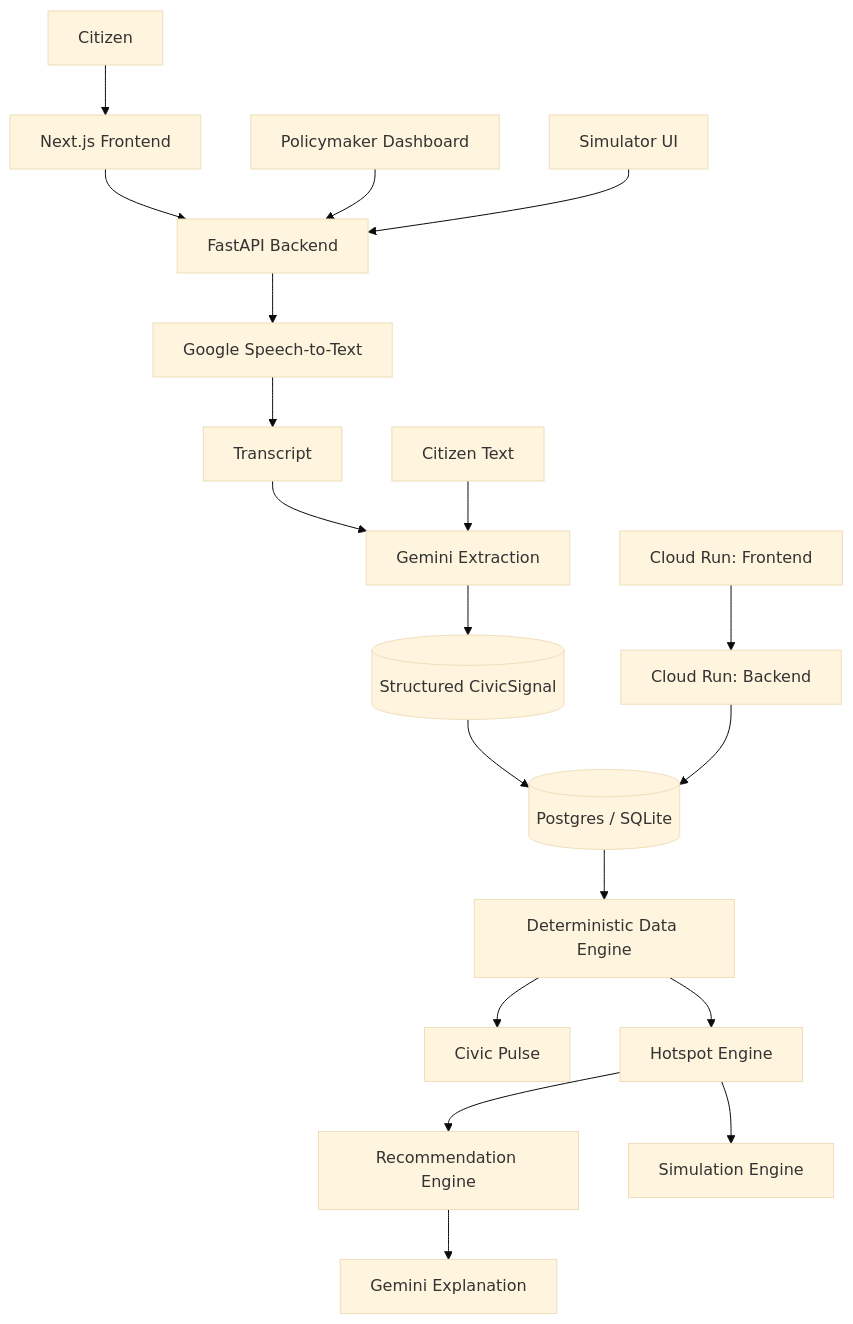
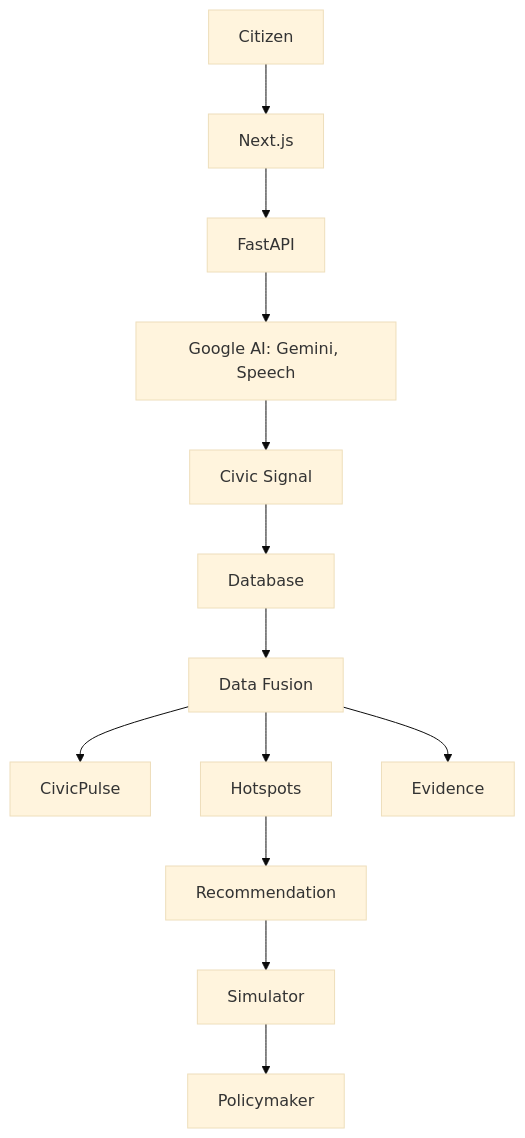
One commit to mahitss/setu_gh changed the diagram in docs/architecture.md. Above: the diagram before and after it, drawn with Mermaid (base theme). The commit also changed other lines of this file and 6 other files, not shown here.

````diff
--- a/docs/architecture.md
+++ b/docs/architecture.md
@@ -3,21 +3,15 @@
 ```mermaid
 flowchart TD
-    Citizen --> Frontend[Next.js Frontend]
-    Frontend --> API[FastAPI Backend]
-    API --> SpeechToText[Google Speech-to-Text]
-    SpeechToText --> Transcript[Transcript]
-    Transcript --> Gemini[Gemini Extraction]
-    CitizenText[Citizen Text] --> Gemini
-    Gemini --> CivicSignal[(Structured CivicSignal)]
-    CivicSignal --> Database[(Postgres / SQLite)]
-    Database --> DataEngine[Deterministic Data Engine]
-    DataEngine --> CivicPulse[Civic Pulse]
-    DataEngine --> Hotspots[Hotspot Engine]
-    Hotspots --> RecommendationEngine[Recommendation Engine]
-    RecommendationEngine --> GeminiExplanation[Gemini Explanation]
-    Hotspots --> Simulator[Simulation Engine]
-    Dashboard[Policymaker Dashboard] --> API
-    SimulatorUI[Simulator UI] --> API
-    CloudRunFrontend[Cloud Run: Frontend] --> CloudRunBackend[Cloud Run: Backend]
-    CloudRunBackend --> Database
+    Citizen --> Nextjs[Next.js]
+    Nextjs --> FastAPI[FastAPI]
+    FastAPI --> GoogleAI[Google AI: Gemini, Speech]
+    GoogleAI --> CivicSignal[Civic Signal]
+    CivicSignal --> Database[Database]
+    Database --> DataFusion[Data Fusion]
+    DataFusion --> CivicPulse[CivicPulse]
+    DataFusion --> Hotspots[Hotspots]
+    DataFusion --> Evidence[Evidence]
+    Hotspots --> Recommendation[Recommendation]
+    Recommendation --> Simulator[Simulator]
+    Simulator --> Policymaker[Policymaker]
 ```
````
